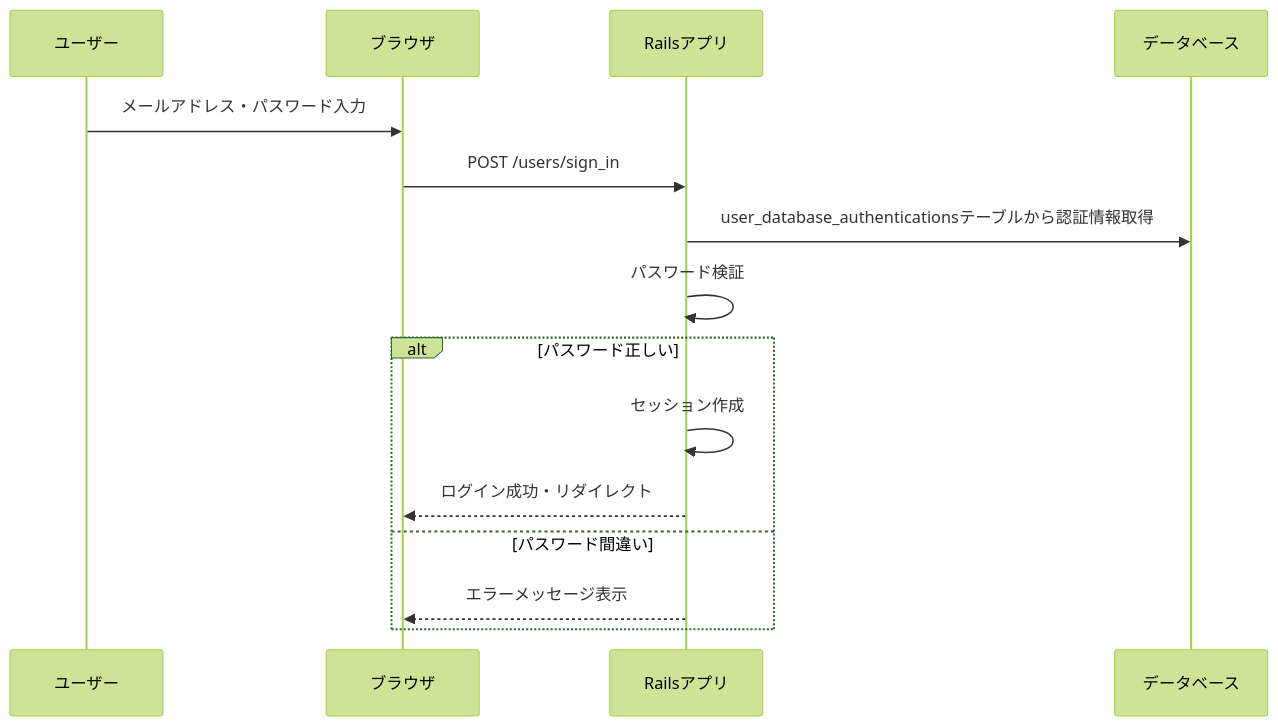
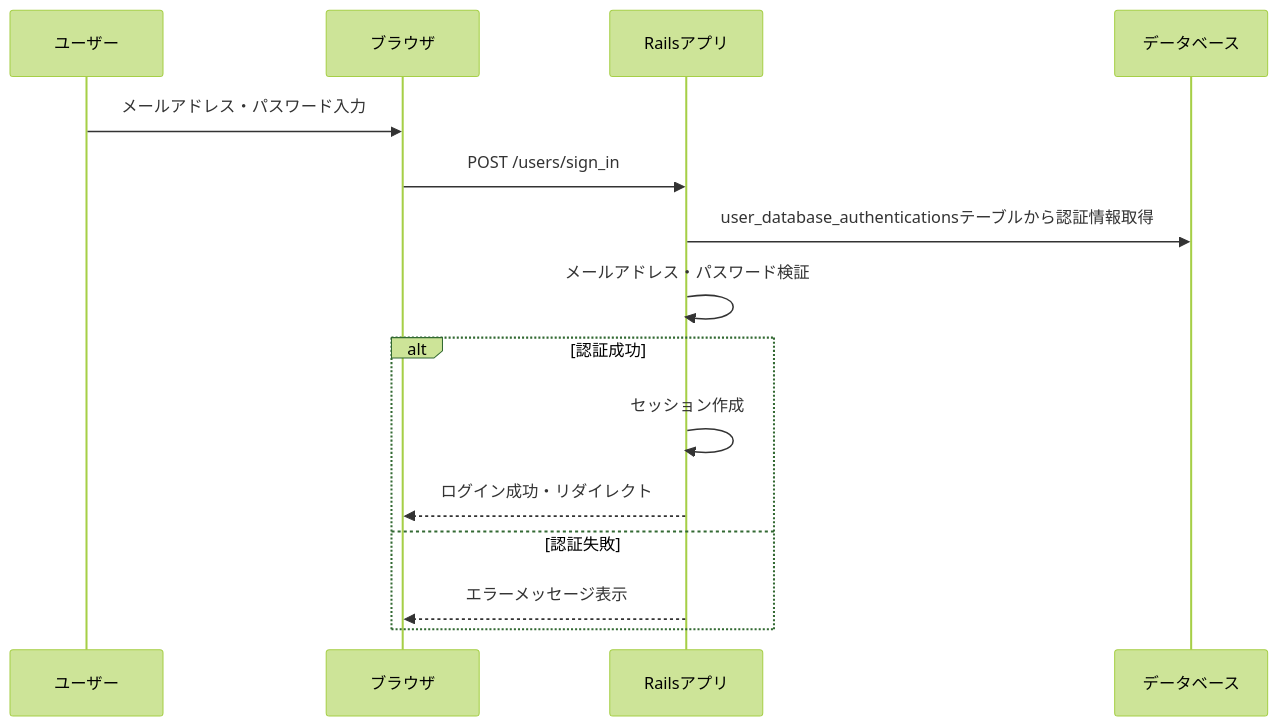
The third of 3 diagrams in docs/authentications/function_mail_authentication.md (Okunichiyou/rails-blog), drawn with Mermaid (forest theme) before and after one commit. The commit also changed other lines of this file, not shown here.

Commit message:
DB認証のドキュメントにおける、メールアドレス確認の条件を修正(#66)

````diff
--- a/docs/authentications/function_mail_authentication.md
+++ b/docs/authentications/function_mail_authentication.md
@@ -92,18 +92,18 @@
 ```mermaid
 sequenceDiagram
     participant User as ユーザー
     participant Browser as ブラウザ
     participant App as Railsアプリ
     participant DB as データベース
 
     User->>Browser: メールアドレス・パスワード入力
     Browser->>App: POST /users/sign_in
     App->>DB: user_database_authenticationsテーブルから認証情報取得
-    App->>App: パスワード検証
-    alt パスワード正しい
+    App->>App: メールアドレス・パスワード検証
+    alt 認証成功
         App->>App: セッション作成
         App-->>Browser: ログイン成功・リダイレクト
-    else パスワード間違い
+    else 認証失敗
         App-->>Browser: エラーメッセージ表示
     end
 ```
````
